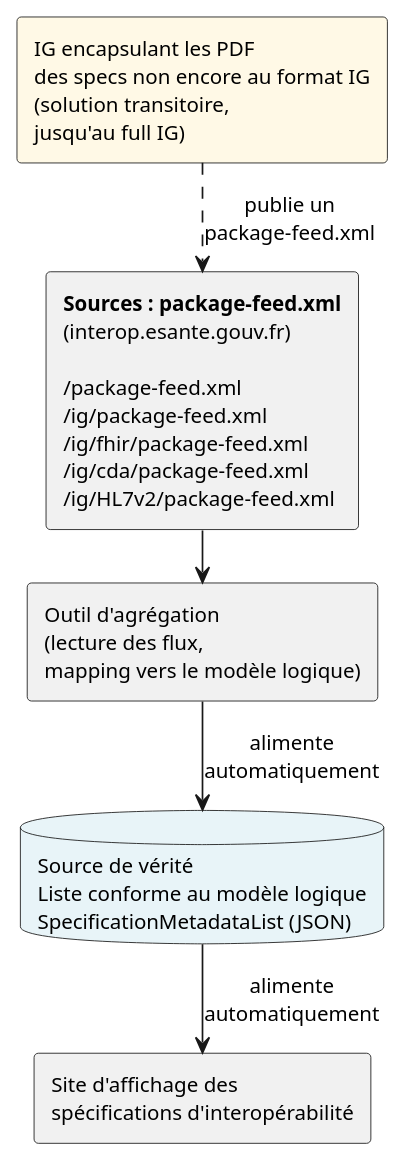
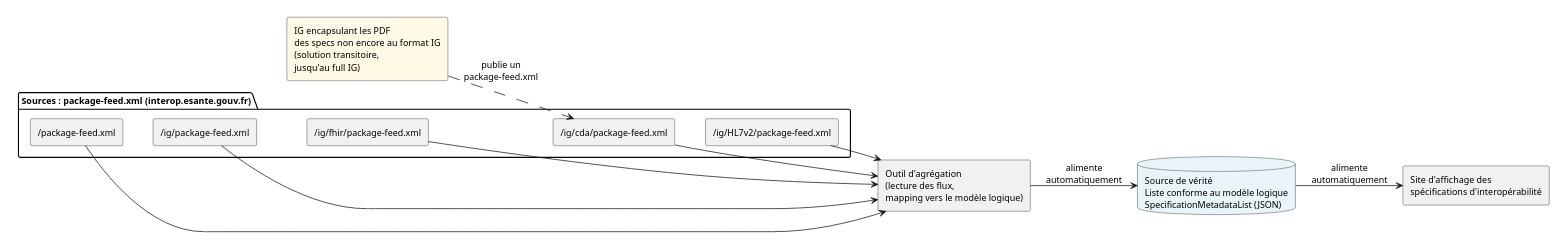
The diagram in input/images-source/flux-alimentation.plantuml (nriss/metadata-interop-catalog), drawn with PlantUML before and after one commit.

Commit message:
Schéma PlantUML : une case par source package-feed

```diff
--- a/input/images-source/flux-alimentation.plantuml
+++ b/input/images-source/flux-alimentation.plantuml
@@ -1,22 +1,38 @@
 @startuml flux-alimentation
 skinparam shadowing false
 skinparam defaultFontSize 12
-skinparam nodesep 20
-skinparam ranksep 30
-scale max 800 width
+skinparam nodesep 15
+skinparam ranksep 40
+left to right direction
+scale max 900 width
 
-rectangle "**Sources : package-feed.xml**\n(interop.esante.gouv.fr)\n\n/package-feed.xml\n/ig/package-feed.xml\n/ig/fhir/package-feed.xml\n/ig/cda/package-feed.xml\n/ig/HL7v2/package-feed.xml" as feeds
+package "Sources : package-feed.xml (interop.esante.gouv.fr)" as sources {
+  rectangle "/package-feed.xml" as feed_root
+  rectangle "/ig/package-feed.xml" as feed_ig
+  rectangle "/ig/fhir/package-feed.xml" as feed_fhir
+  rectangle "/ig/cda/package-feed.xml" as feed_cda
+  rectangle "/ig/HL7v2/package-feed.xml" as feed_hl7v2
+}
+
+feed_root -[hidden]down-> feed_ig
+feed_ig -[hidden]down-> feed_fhir
+feed_fhir -[hidden]down-> feed_cda
+feed_cda -[hidden]down-> feed_hl7v2
 
 rectangle "IG encapsulant les PDF\ndes specs non encore au format IG\n(solution transitoire,\njusqu'au full IG)" as ig_pdf #fff9e6
 
 rectangle "Outil d'agrégation\n(lecture des flux,\nmapping vers le modèle logique)" as tool
 
 database "Source de vérité\nListe conforme au modèle logique\nSpecificationMetadataList (JSON)" as truth #e8f4f8
 
 rectangle "Site d'affichage des\nspécifications d'interopérabilité" as site
 
-ig_pdf ..> feeds : publie un\npackage-feed.xml
-feeds --> tool
+ig_pdf ..> feed_cda : publie un\npackage-feed.xml
+feed_root --> tool
+feed_ig --> tool
+feed_fhir --> tool
+feed_cda --> tool
+feed_hl7v2 --> tool
 tool --> truth : alimente\nautomatiquement
 truth --> site : alimente\nautomatiquement
 @enduml
```
